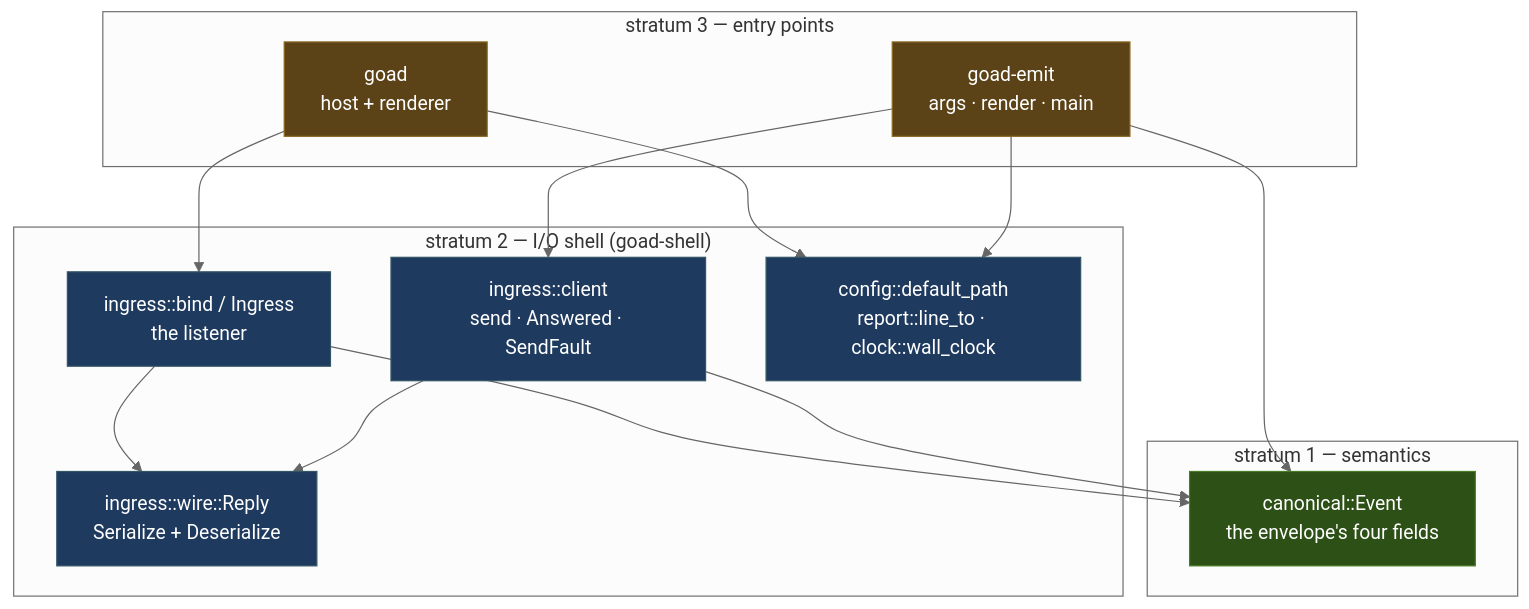
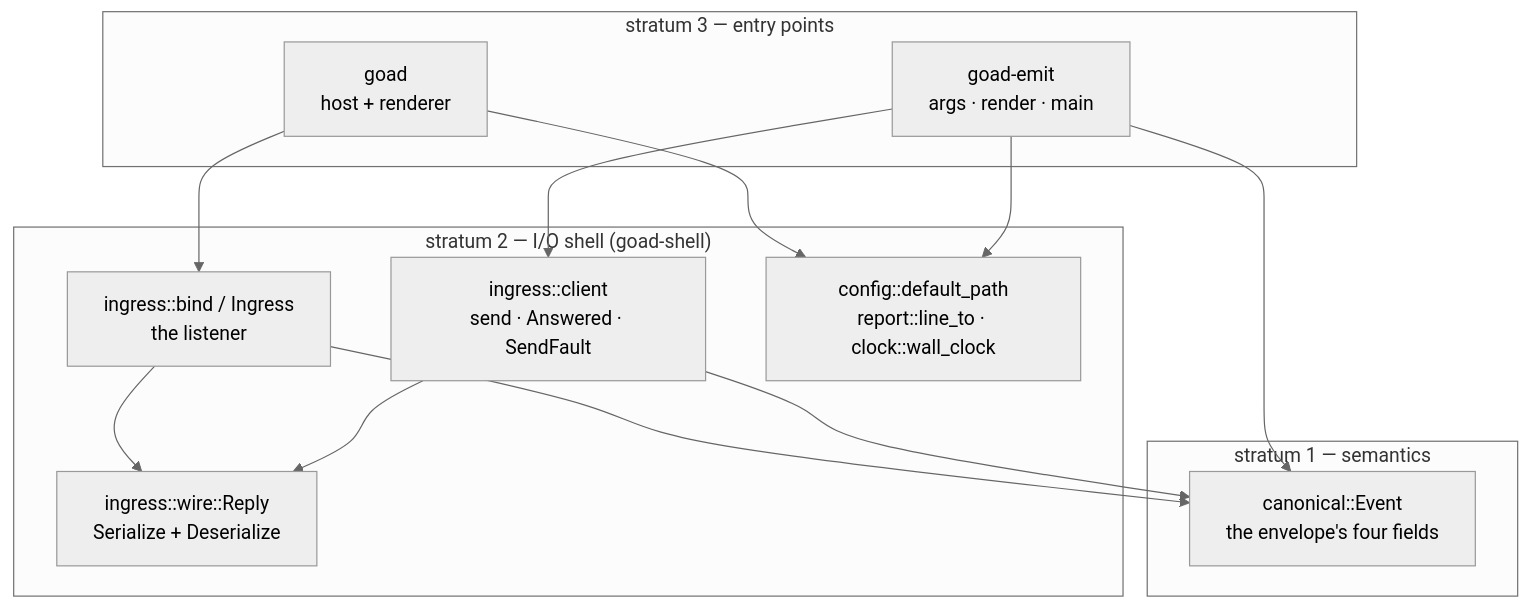
One commit to davidlee/goad changed the first of 2 diagrams in docs/slices/005/design.md. Above: the diagram before and after it, drawn with Mermaid (neutral theme). The commit also changed other lines of this file and 3 other files, not shown here.

````diff
--- a/docs/slices/005/design.md
+++ b/docs/slices/005/design.md
@@ -65,33 +63,27 @@
 ```mermaid
 graph TD
   subgraph s3["stratum 3 — entry points"]
     EMIT["goad-emit<br/>args · render · main"]
     GOAD["goad<br/>host + renderer"]
   end
   subgraph s2["stratum 2 — I/O shell (goad-shell)"]
     CLIENT["ingress::client<br/>send · Answered · SendFault"]
     WIRE["ingress::wire::Reply<br/>Serialize + Deserialize"]
     LISTEN["ingress::bind / Ingress<br/>the listener"]
     MOVED["config::default_path<br/>report::line_to · clock::wall_clock"]
   end
   subgraph s1["stratum 1 — semantics"]
     EV["canonical::Event<br/>the envelope's four fields"]
   end
 
   EMIT --> CLIENT
   EMIT --> MOVED
   EMIT --> EV
   GOAD --> LISTEN
   GOAD --> MOVED
   CLIENT --> WIRE
   CLIENT --> EV
   LISTEN --> WIRE
   LISTEN --> EV
 
-  classDef s3f fill:#5c4317,stroke:#8a6620,color:#fff
-  classDef s2f fill:#1f3a5f,stroke:#356,color:#fff
-  classDef s1f fill:#2d5016,stroke:#4a7c26,color:#fff
-  class EMIT,GOAD s3f
-  class CLIENT,WIRE,LISTEN,MOVED s2f
-  class EV s1f
 ```
````
